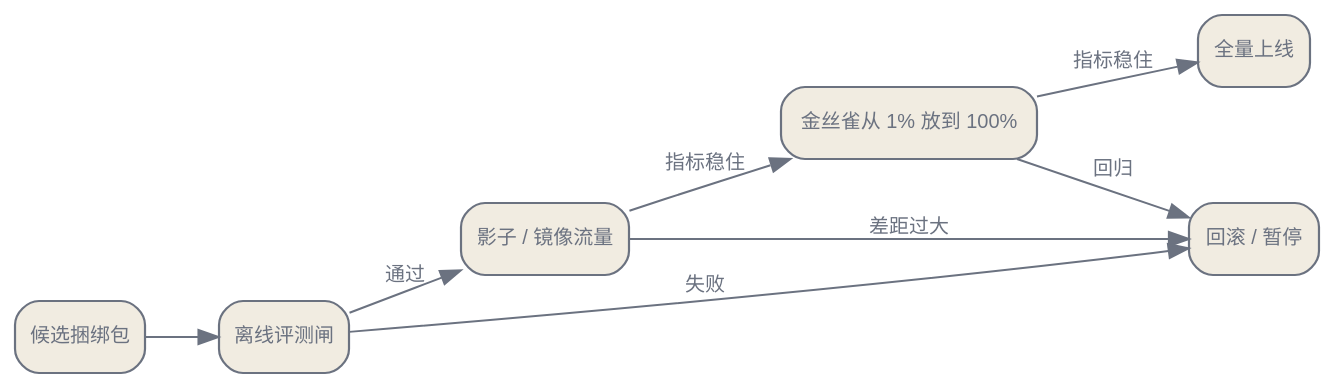
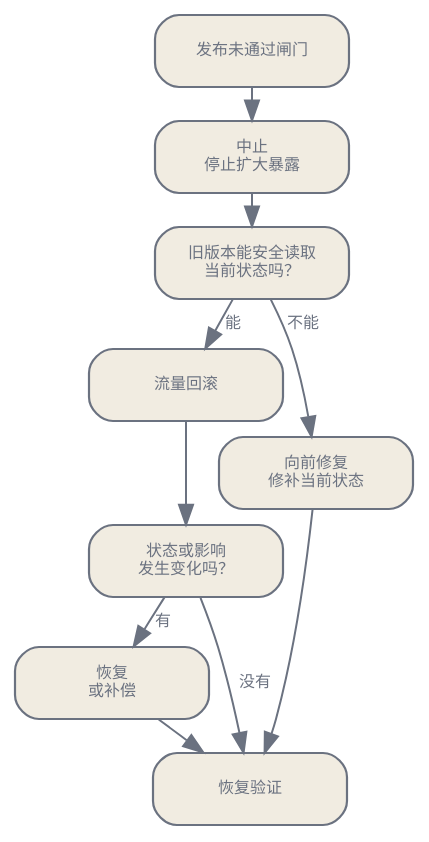
The third of 3 diagrams in zh/practice/09-deployment-lifecycle.qmd (latere-ai/ai-as-an-infrastructure), drawn with Graphviz before and after one commit. The commit also changed other lines of this file and 2 other files, not shown here.

````diff
--- a/zh/practice/09-deployment-lifecycle.qmd
+++ b/zh/practice/09-deployment-lifecycle.qmd
@@ -55,25 +160,28 @@
 ```{dot}
-//| label: fig-deploy-pipeline
-//| fig-cap: "把提升看作逐级扩大的暴露面。每一阶段抓住上一阶段抓不住的东西：离线闸抓住已知回归，影子流量以零用户风险抓住评测到生产的分布差距，金丝雀放量在全量铺开前在小爆炸半径上抓住线上失败。任一阶段的指标不达标都会折回到回滚。"
+//| label: fig-recovery-path
+//| fig-cap: "恢复路径取决于发生变化的状态。中止会停止放量；恢复还要处理状态或执行补偿；向前修复则修补旧版本无法安全使用的当前状态。"
 digraph {
   bgcolor="transparent";
-  rankdir=LR;
-  nodesep=0.4; ranksep=0.5;
-  node [shape=box, style="rounded,filled", fontname="Helvetica", fontsize=10, color="#6b7280", fontcolor="#6b7280", fillcolor="#f1ece1", penwidth=1.1];
-  edge [fontsize=10, fontname="Helvetica", color="#6b7280", fontcolor="#6b7280"];
+  rankdir=TB;
+  nodesep=0.14; ranksep=0.22;
+  node [shape=box, style="rounded,filled", fontname="Helvetica", fontsize=8, color="#6b7280", fontcolor="#6b7280", fillcolor="#f1ece1", penwidth=1.1, width=1.35];
+  edge [fontsize=8, fontname="Helvetica", color="#6b7280", fontcolor="#6b7280"];
 
-  C [label="候选捆绑包"];
-  O [label="离线评测闸"];
-  SH [label="影子 / 镜像流量"];
-  CA [label="金丝雀从 1% 放到 100%"];
-  F [label="全量上线"];
-  RB [label="回滚 / 暂停"];
-  C -> O;
-  O -> SH [label="通过"];
-  SH -> CA [label="指标稳住"];
-  CA -> F [label="指标稳住"];
-  O -> RB [label="失败"];
-  SH -> RB [label="差距过大"];
-  CA -> RB [label="回归"];
+  X [label="发布未通过闸门"];
+  A [label="中止\n停止扩大暴露"];
+  Q [label="旧版本能安全读取\n当前状态吗？"];
+  T [label="流量回滚"];
+  S [label="状态或影响\n发生变化吗？"];
+  R [label="恢复\n或补偿"];
+  F [label="向前修复\n修补当前状态"];
+  V [label="恢复验证"];
+  X -> A -> Q;
+  Q -> T [label="能"];
+  Q -> F [label="不能"];
+  T -> S;
+  S -> V [label="没有"];
+  S -> R [label="有"];
+  R -> V;
+  F -> V;
 }
 ```
````
